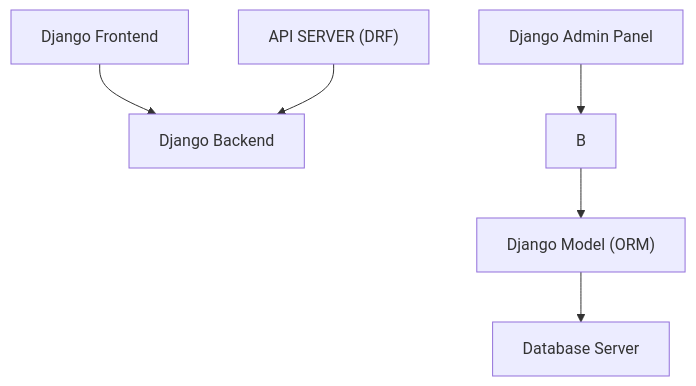
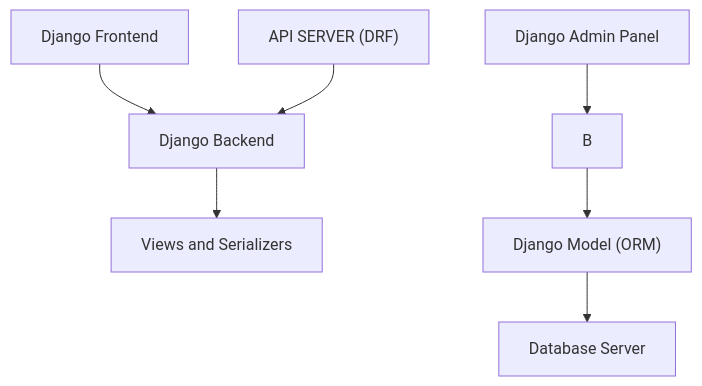
Before and after one commit to binaryloom/TaskManagementSystem: the diagram in docs/project_archetecture.md, drawn with Mermaid.

Commit message:
Mar 3, 2024, 10:21 PM

````diff
--- a/docs/project_archetecture.md
+++ b/docs/project_archetecture.md
@@ -7,9 +7,11 @@
 ```mermaid
 graph TD;
     django_frontend["Django Frontend"] --> django_backend["Django Backend"];
     api_server["API SERVER (DRF)"] --> django_backend;
+    django_backend --> views["Views and Serializers"];
+    views["Views and Serializers"];
     D["Django Admin Panel"] --> B;
     B --> E["Django Model (ORM)"];
     E --> F["Database Server"];
 
 ```
````
